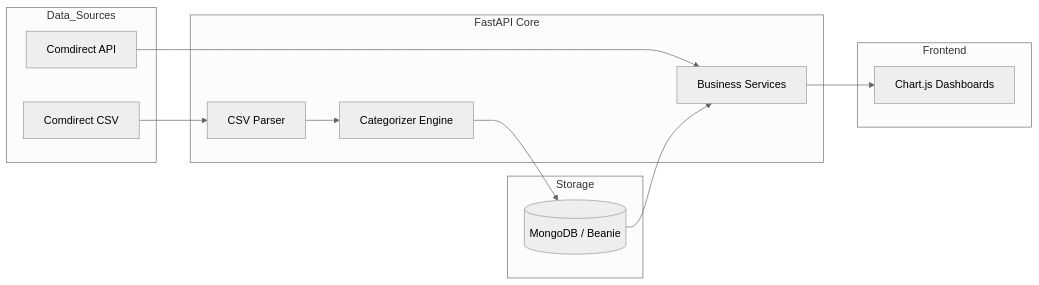
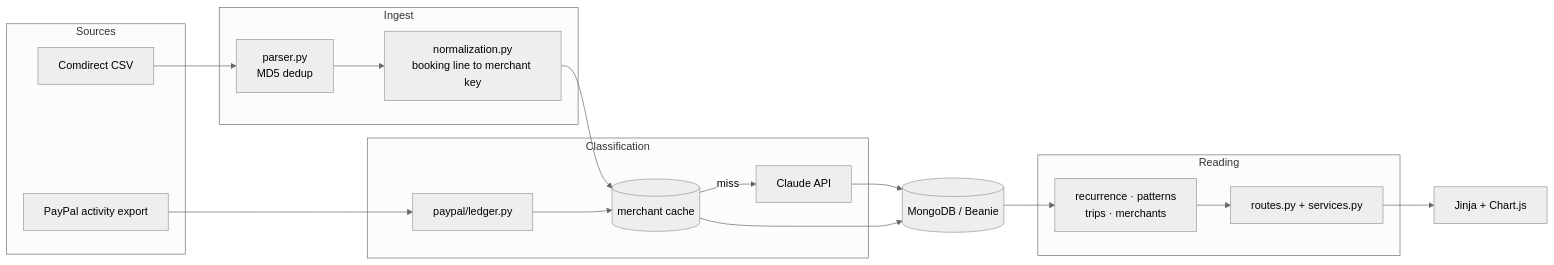
Before and after one commit to henrygerlach/Personal-Finance-Dashboard: the diagram in README.md, drawn with Mermaid (neutral theme). The commit also changed other lines of this file and 8 other files, not shown here.

First line of the commit message:
docs: show the dashboard, trips and review queue on an invented ledger

````diff
--- a/README.md
+++ b/README.md
@@ -31,28 +86,32 @@
 ```mermaid
 graph LR
-    subgraph Data_Sources
+    subgraph Sources
         CSV[Comdirect CSV]
-        API[Comdirect API]
+        PP[PayPal activity export]
     end
 
-    subgraph Backend_App ["FastAPI Core"]
-        Parser[CSV Parser]
-        Engine[Categorizer Engine]
-        Serv[Business Services]
+    subgraph Ingest
+        Parser[parser.py<br/>MD5 dedup]
+        Norm[normalization.py<br/>booking line to merchant key]
     end
 
-    subgraph Storage
-        DB[(MongoDB / Beanie)]
+    subgraph Classification
+        Cache[(merchant cache)]
+        Ledger[paypal/ledger.py]
+        API[Claude API]
     end
 
-    subgraph Frontend
-        UI[Chart.js Dashboards]
+    subgraph Reading
+        Det[recurrence · patterns<br/>trips · merchants]
+        Routes[routes.py + services.py]
     end
 
-    CSV --> Parser
-    API --> Serv
-    Parser --> Engine
-    Engine --> DB
-    Serv --> UI
-    DB --> Serv
+    DB[(MongoDB / Beanie)]
+
+    CSV --> Parser --> Norm --> Cache
+    PP --> Ledger --> Cache
+    Cache -->|miss| API
+    API --> DB
+    Cache --> DB
+    DB --> Det --> Routes --> UI[Jinja + Chart.js]
 ```
````
